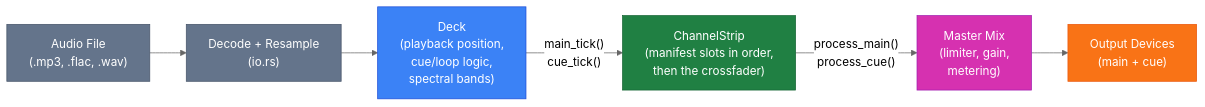
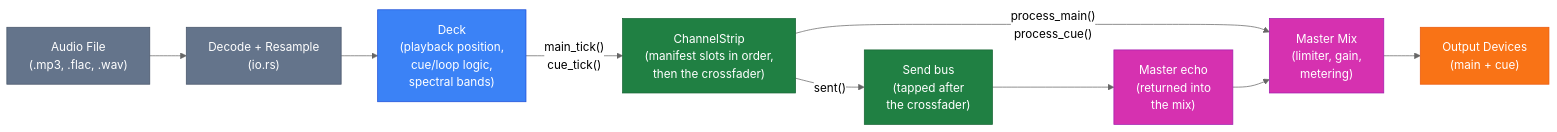
The second of 6 diagrams in architecture.md (berrutti/beatmatcher), drawn with Mermaid (neutral theme) before and after one commit. The commit also changed other lines of this file and 52 other files, not shown here.

````diff
--- a/architecture.md
+++ b/architecture.md
@@ -65,21 +94,26 @@
 ```mermaid
 graph LR
     classDef io fill:#64748b,stroke:#475569,color:#fff
     classDef deck fill:#3b82f6,stroke:#1d4ed8,color:#fff
     classDef strip fill:#208043,stroke:#166534,color:#fff
     classDef master fill:#d631b0,stroke:#a21caf,color:#fff
     classDef out fill:#f97316,stroke:#ea580c,color:#fff
 
     File["Audio File\n(.mp3, .flac, .wav)"]:::io
     Decode["Decode + Resample\n(io.rs)"]:::io
     Deck["Deck\n(playback position,\ncue/loop logic,\nspectral bands)"]:::deck
     ChannelStrip["ChannelStrip\n(manifest slots in order,\nthen the crossfader)"]:::strip
+    Send["Send bus\n(tapped after\nthe crossfader)"]:::strip
+    Echo["Master echo\n(returned into\nthe mix)"]:::master
     MasterMix["Master Mix\n(limiter, gain,\nmetering)"]:::master
     Outputs["Output Devices\n(main + cue)"]:::out
 
     File --> Decode
     Decode --> Deck
     Deck -- "main_tick()\ncue_tick()" --> ChannelStrip
     ChannelStrip -- "process_main()\nprocess_cue()" --> MasterMix
+    ChannelStrip -- "sent()" --> Send
+    Send --> Echo
+    Echo --> MasterMix
     MasterMix --> Outputs
 ```
````
